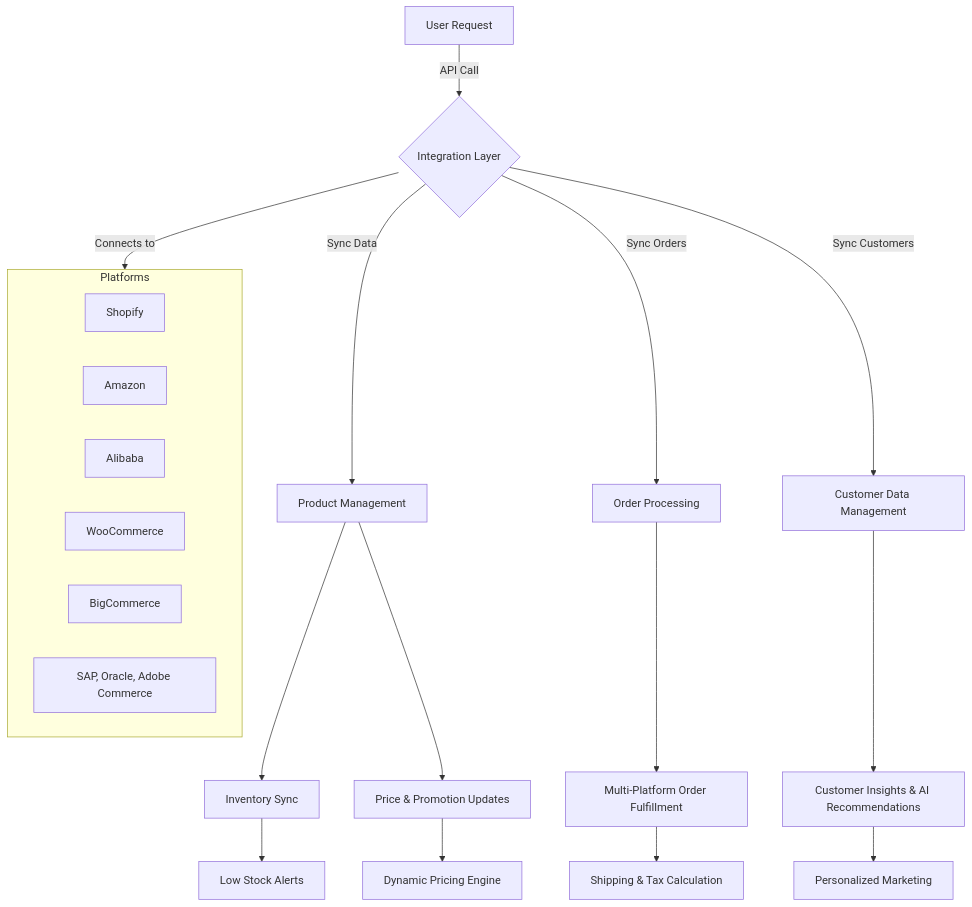
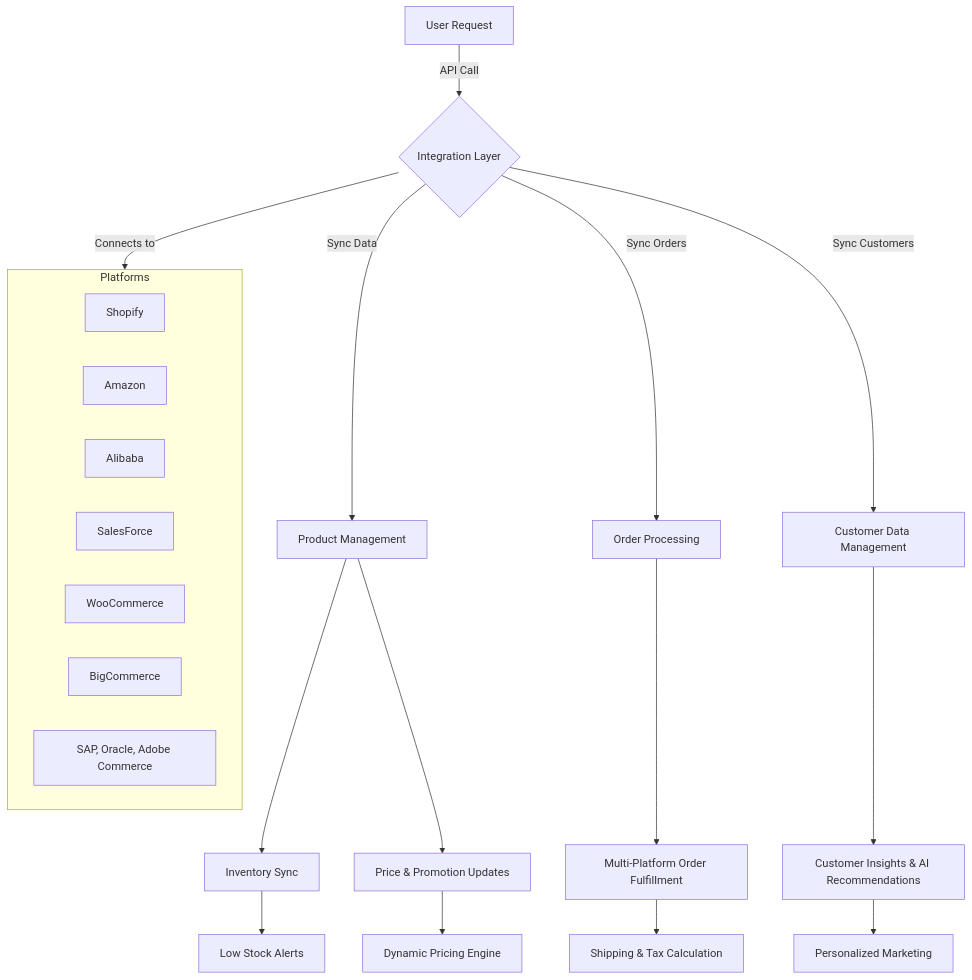
One commit to kk666679/marketplace-integration-tools changed the diagram in flowchart.mmd. Above: the diagram before and after it, drawn with Mermaid.

Commit message:
flowchart.mmd

```diff
--- a/flowchart.mmd
+++ b/flowchart.mmd
@@ -1,24 +1,25 @@
 graph TD;
     A[User Request] -->|API Call| B{Integration Layer};
     B -->|Sync Data| C[Product Management];
     B -->|Sync Orders| D[Order Processing];
     B -->|Sync Customers| E[Customer Data Management];
     C --> F[Inventory Sync];
     C --> G[Price & Promotion Updates];
     D --> H[Multi-Platform Order Fulfillment];
     E --> I[Customer Insights & AI Recommendations];
     F --> J[Low Stock Alerts];
     G --> K[Dynamic Pricing Engine];
     H --> L[Shipping & Tax Calculation];
     I --> M[Personalized Marketing];
 
     subgraph Platforms
         B1[Shopify] 
         B2[Amazon] 
         B3[Alibaba] 
-        B4[WooCommerce] 
-        B5[BigCommerce] 
-        B6[SAP, Oracle, Adobe Commerce]
+        B4[SalesForce]
+        B5[WooCommerce] 
+        B6[BigCommerce] 
+        B7[SAP, Oracle, Adobe Commerce]
     end
 
     B -->|Connects to| Platforms;
```
